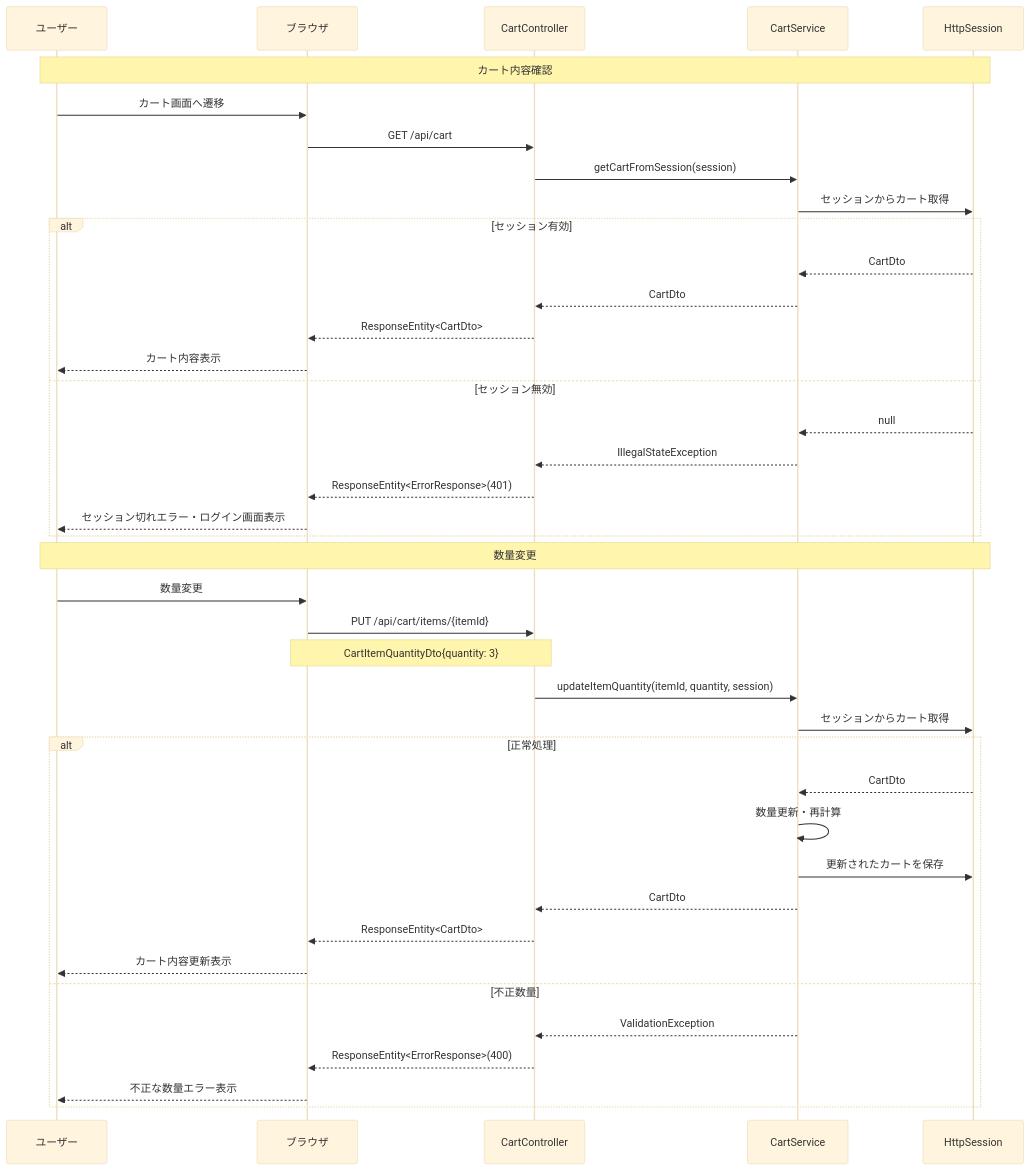
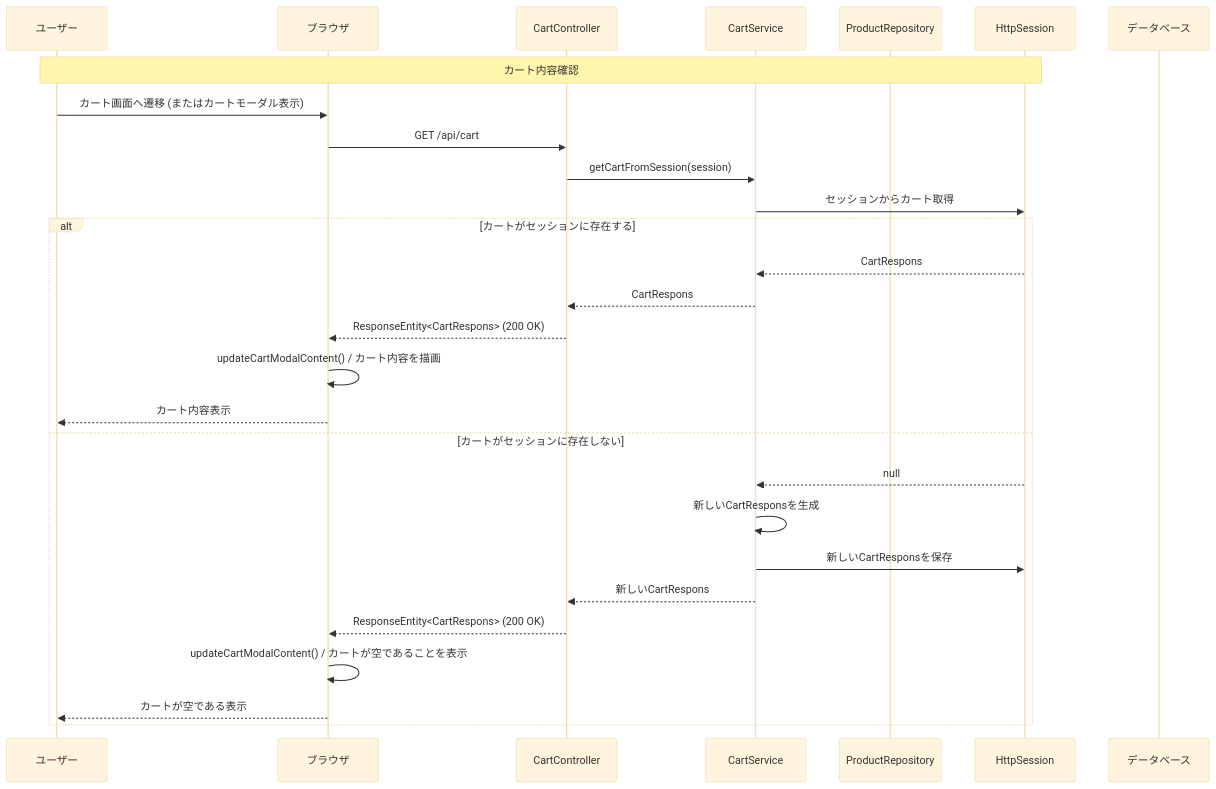
One commit to shogomaeda758/Bacon changed the seventh of 22 diagrams in 詳細設計/詳細設計書_v3.md. Above: the diagram before and after it, drawn with Mermaid (base theme). The commit also changed other lines of this file, not shown here.

Commit message:
シーケンス図変更＿詳細設計書

````diff
--- a/詳細設計/詳細設計書_v3.md
+++ b/詳細設計/詳細設計書_v3.md
@@ -317,46 +329,32 @@
 ```mermaid
 sequenceDiagram
     participant U as ユーザー
     participant B as ブラウザ
     participant CC as CartController
     participant CS as CartService
+    participant PR as ProductRepository
     participant S as HttpSession
+    participant DB as データベース
 
     Note over U,S: カート内容確認
-    U->>B: カート画面へ遷移
+    U->>B: カート画面へ遷移 (またはカートモーダル表示)
     B->>CC: GET /api/cart
     CC->>CS: getCartFromSession(session)
     CS->>S: セッションからカート取得
     
-    alt セッション有効
-        S-->>CS: CartDto
-        CS-->>CC: CartDto
-        CC-->>B: ResponseEntity<CartDto>
+    alt カートがセッションに存在する
+        S-->>CS: CartRespons
+        CS-->>CC: CartRespons
+        CC-->>B: ResponseEntity<CartRespons> (200 OK)
+        B->>B: updateCartModalContent() / カート内容を描画
         B-->>U: カート内容表示
-    else セッション無効
+    else カートがセッションに存在しない
         S-->>CS: null
-        CS-->>CC: IllegalStateException
-        CC-->>B: ResponseEntity<ErrorResponse>(401)
-        B-->>U: セッション切れエラー・ログイン画面表示
-    end
-
-    Note over U,S: 数量変更
-    U->>B: 数量変更
-    B->>CC: PUT /api/cart/items/{itemId}
-    Note over B,CC: CartItemQuantityDto{quantity: 3}
-    CC->>CS: updateItemQuantity(itemId, quantity, session)
-    CS->>S: セッションからカート取得
-    
-    alt 正常処理
-        S-->>CS: CartDto
-        CS->>CS: 数量更新・再計算
-        CS->>S: 更新されたカートを保存
-        CS-->>CC: CartDto
-        CC-->>B: ResponseEntity<CartDto>
-        B-->>U: カート内容更新表示
-    else 不正数量
-        CS-->>CC: ValidationException
-        CC-->>B: ResponseEntity<ErrorResponse>(400)
-        B-->>U: 不正な数量エラー表示
+        CS->>CS: 新しいCartResponsを生成
+        CS->>S: 新しいCartResponsを保存
+        CS-->>CC: 新しいCartRespons
+        CC-->>B: ResponseEntity<CartRespons> (200 OK)
+        B->>B: updateCartModalContent() / カートが空であることを表示
+        B-->>U: カートが空である表示
     end
 ```
````
